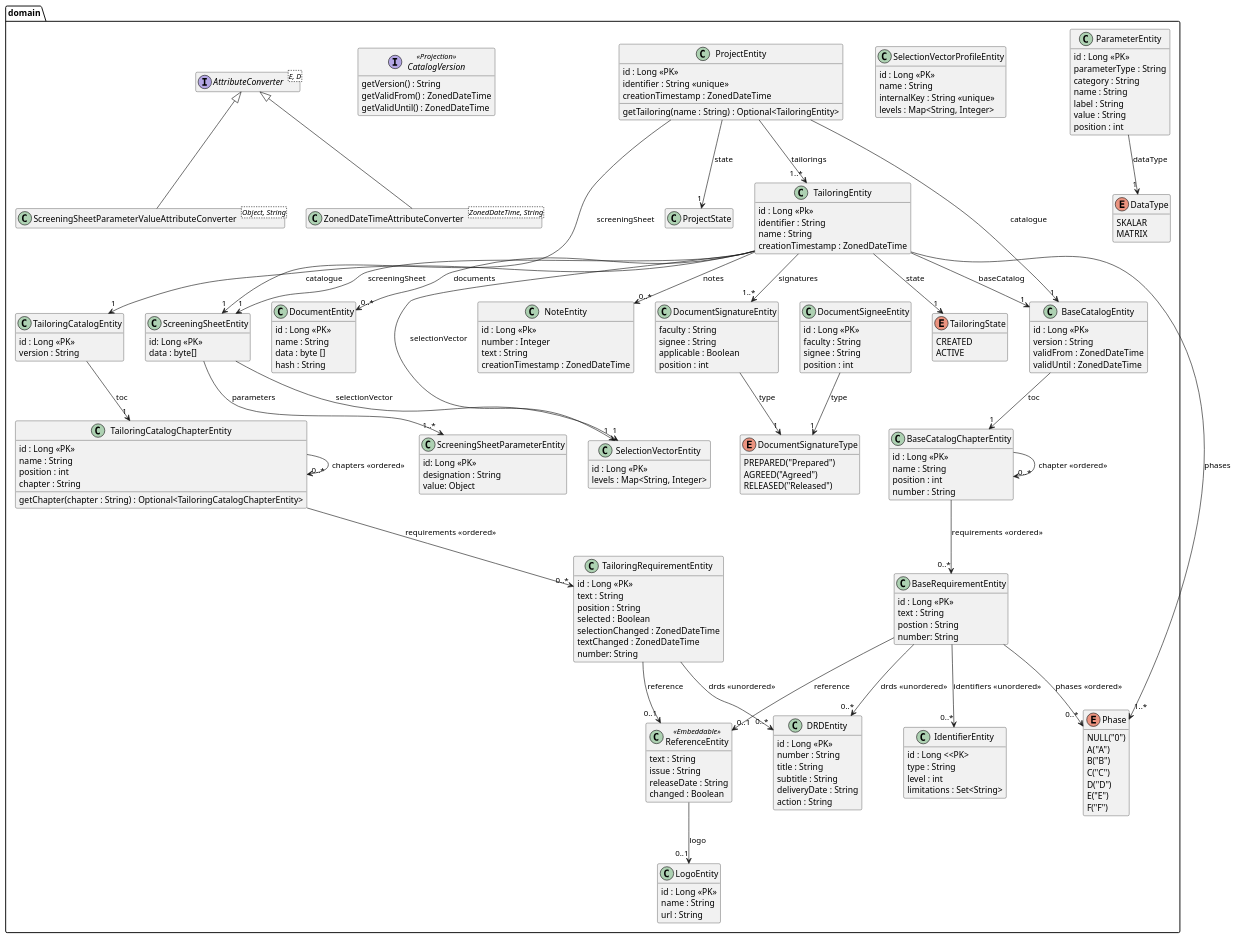
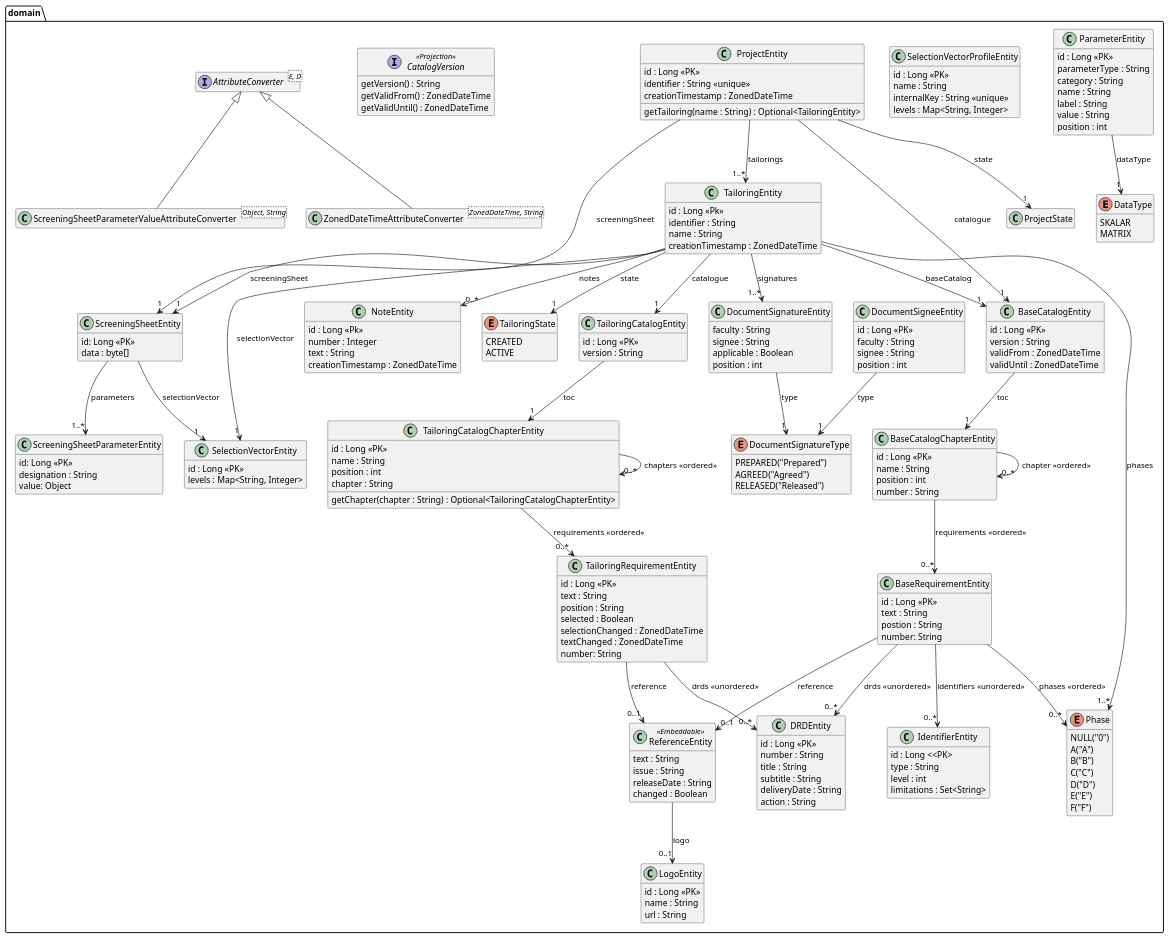
The diagram in src/site/arc42/plantuml/data-jpa/domain/Ebene3.plantuml (tailoringexpert/platform), drawn with PlantUML before and after one commit. The commit also changed 39 other files, not shown here.

```diff
--- a/src/site/arc42/plantuml/data-jpa/domain/Ebene3.plantuml
+++ b/src/site/arc42/plantuml/data-jpa/domain/Ebene3.plantuml
@@ -150,13 +150,6 @@
         RELEASED("Released")
     }
 
-    class DocumentEntity {
-        id : Long <<PK>>
-        name : String
-        data : byte []
-        hash : String
-    }
-
     class DocumentSignatureEntity {
         faculty : String
         signee : String
@@ -194,7 +187,6 @@
     TailoringEntity --> "1" TailoringCatalogEntity : catalogue
     TailoringEntity --> "1" TailoringState : state
     TailoringEntity --> "1..*" DocumentSignatureEntity : signatures
-    TailoringEntity --> "0..*" DocumentEntity : documents
     TailoringEntity --> "0..*" NoteEntity : notes
 
     class TailoringCatalogEntity {
```
